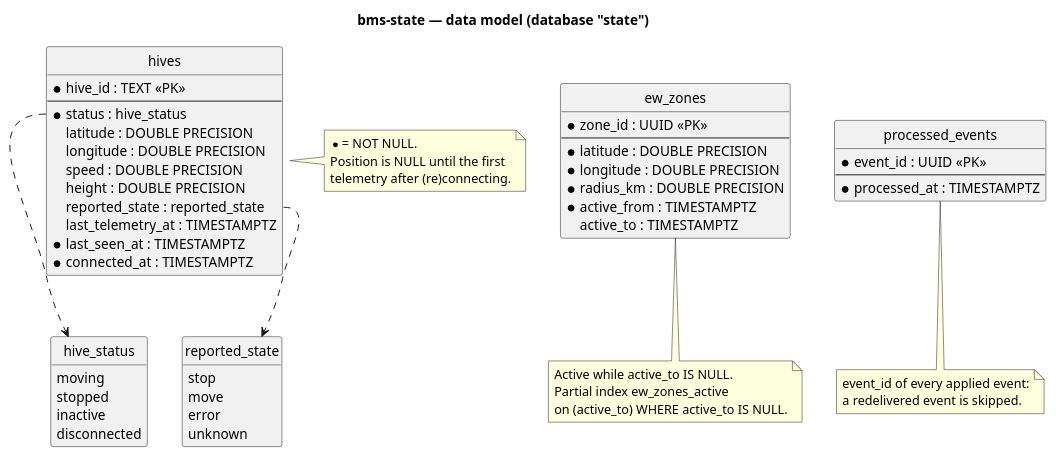
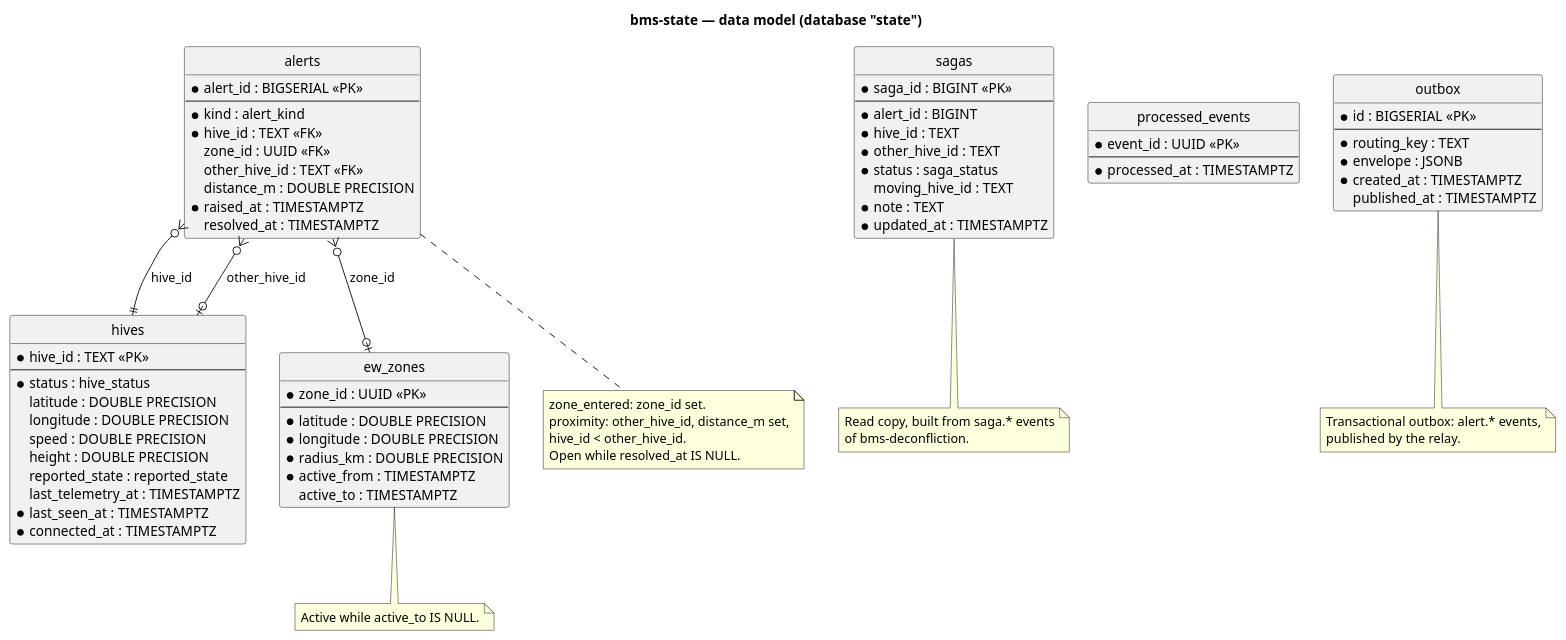
Before and after one commit to xairaven/KPI-DDS: the diagram in docs/diagrams/plantuml/er-state.puml, drawn with PlantUML. The commit also changed 6 other files, not shown here.

Commit message:
(Docs) Feat: Data model of both databases, saga status diagram

```diff
--- a/docs/diagrams/plantuml/er-state.puml
+++ b/docs/diagrams/plantuml/er-state.puml
@@ -1,72 +1,96 @@
 @startuml er-state
 title bms-state — data model (database "state")
 
 skinparam shadowing false
 skinparam defaultFontName Sans
 hide circle
 hide methods
 
 entity "hives" as hives {
   * hive_id : TEXT <<PK>>
   --
   * status : hive_status
     latitude : DOUBLE PRECISION
     longitude : DOUBLE PRECISION
     speed : DOUBLE PRECISION
     height : DOUBLE PRECISION
     reported_state : reported_state
     last_telemetry_at : TIMESTAMPTZ
   * last_seen_at : TIMESTAMPTZ
   * connected_at : TIMESTAMPTZ
 }
 
 entity "ew_zones" as zones {
   * zone_id : UUID <<PK>>
   --
   * latitude : DOUBLE PRECISION
   * longitude : DOUBLE PRECISION
   * radius_km : DOUBLE PRECISION
   * active_from : TIMESTAMPTZ
     active_to : TIMESTAMPTZ
 }
 
+entity "alerts" as alerts {
+  * alert_id : BIGSERIAL <<PK>>
+  --
+  * kind : alert_kind
+  * hive_id : TEXT <<FK>>
+    zone_id : UUID <<FK>>
+    other_hive_id : TEXT <<FK>>
+    distance_m : DOUBLE PRECISION
+  * raised_at : TIMESTAMPTZ
+    resolved_at : TIMESTAMPTZ
+}
+
+entity "sagas" as sagas {
+  * saga_id : BIGINT <<PK>>
+  --
+  * alert_id : BIGINT
+  * hive_id : TEXT
+  * other_hive_id : TEXT
+  * status : saga_status
+    moving_hive_id : TEXT
+  * note : TEXT
+  * updated_at : TIMESTAMPTZ
+}
+
 entity "processed_events" as processed {
   * event_id : UUID <<PK>>
   --
   * processed_at : TIMESTAMPTZ
 }
 
-enum "hive_status" as hive_status {
-  moving
-  stopped
-  inactive
-  disconnected
+entity "outbox" as outbox {
+  * id : BIGSERIAL <<PK>>
+  --
+  * routing_key : TEXT
+  * envelope : JSONB
+  * created_at : TIMESTAMPTZ
+    published_at : TIMESTAMPTZ
 }
 
-enum "reported_state" as reported_state {
-  stop
-  move
-  error
-  unknown
-}
+alerts }o--|| hives : hive_id
+alerts }o--o| hives : other_hive_id
+alerts }o--o| zones : zone_id
 
-hives::status ..> hive_status
-hives::reported_state ..> reported_state
+note bottom of alerts
+  zone_entered: zone_id set.
+  proximity: other_hive_id, distance_m set,
+  hive_id < other_hive_id.
+  Open while resolved_at IS NULL.
+end note
+
+note bottom of sagas
+  Read copy, built from saga.* events
+  of bms-deconfliction.
+end note
+
+note bottom of outbox
+  Transactional outbox: alert.* events,
+  published by the relay.
+end note
 
 note bottom of zones
   Active while active_to IS NULL.
-  Partial index ew_zones_active
-  on (active_to) WHERE active_to IS NULL.
-end note
-
-note bottom of processed
-  event_id of every applied event:
-  a redelivered event is skipped.
-end note
-
-note right of hives
-  * = NOT NULL.
-  Position is NULL until the first
-  telemetry after (re)connecting.
 end note
 @enduml
```
